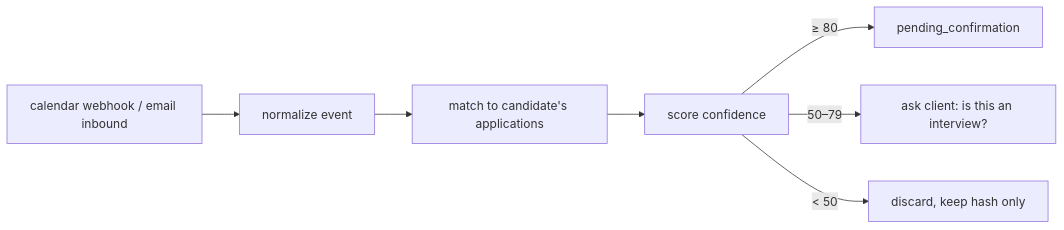
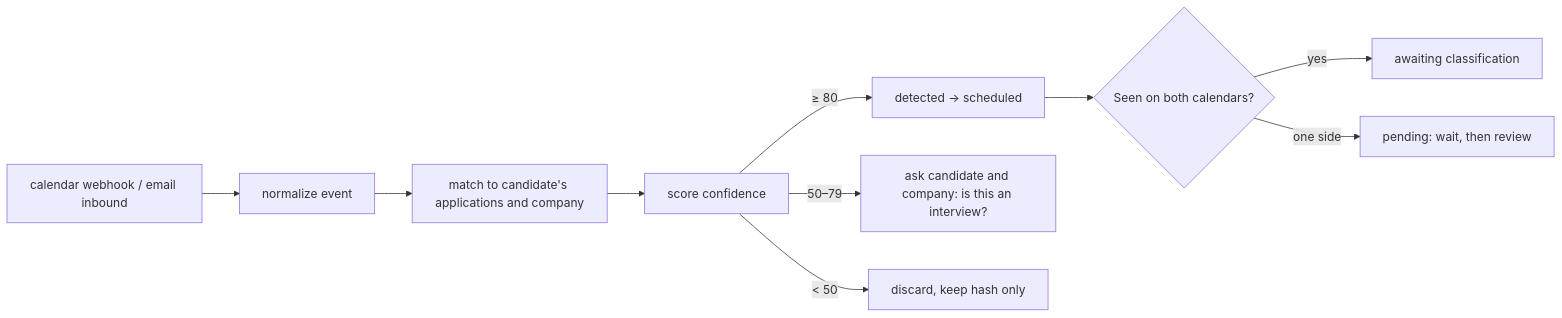
One commit to sid0709/Joined changed the diagram in docs/30-interview-tracking.md. Above: the diagram before and after it, drawn with Mermaid. The commit also changed other lines of this file and 35 other files, not shown here.

````diff
--- a/docs/30-interview-tracking.md
+++ b/docs/30-interview-tracking.md
@@ -23,9 +39,12 @@
 ```mermaid
 flowchart LR
   C[calendar webhook / email inbound] --> N[normalize event]
-  N --> M[match to candidate's applications]
+  N --> M[match to candidate's applications and company]
   M --> S[score confidence]
-  S -->|≥ 80| P[pending_confirmation]
-  S -->|50–79| U[ask client: is this an interview?]
+  S -->|≥ 80| P[detected → scheduled]
+  S -->|50–79| U[ask candidate and company: is this an interview?]
   S -->|< 50| X[discard, keep hash only]
+  P --> B{Seen on both calendars?}
+  B -->|yes| W[awaiting classification]
+  B -->|one side| Q[pending: wait, then review]
 ```
````
